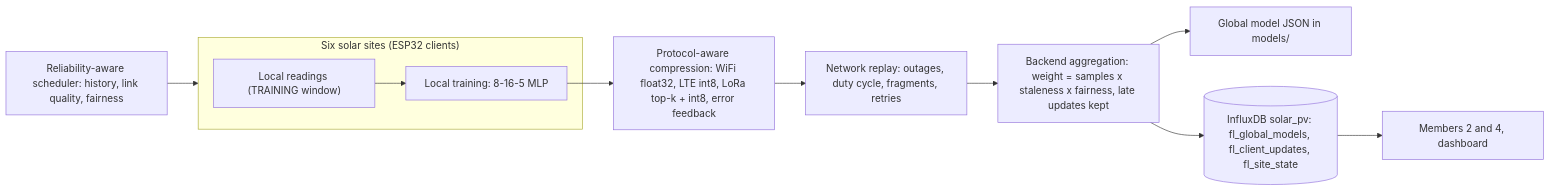
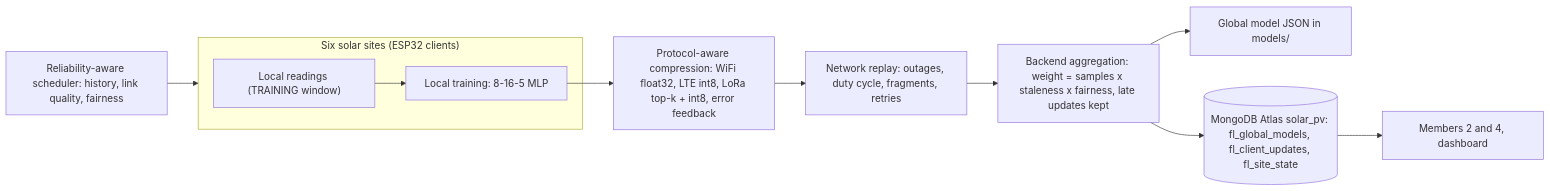
One commit to Lisura123/J26-IT-348 changed the diagram in component3-federated-backend/README.md. Above: the diagram before and after it, drawn with Mermaid. The commit also changed other lines of this file and 10 other files, not shown here.

````diff
--- a/component3-federated-backend/README.md
+++ b/component3-federated-backend/README.md
@@ -10,13 +10,13 @@
 ```mermaid
 flowchart LR
   subgraph S["Six solar sites (ESP32 clients)"]
     A["Local readings (TRAINING window)"] --> B["Local training: 8-16-5 MLP"]
   end
   K["Reliability-aware scheduler: history, link quality, fairness"] --> S
   B --> C["Protocol-aware compression: WiFi float32, LTE int8, LoRa top-k + int8, error feedback"]
   C --> D["Network replay: outages, duty cycle, fragments, retries"]
   D --> E["Backend aggregation: weight = samples x staleness x fairness, late updates kept"]
   E --> G["Global model JSON in models/"]
-  E --> H[("InfluxDB solar_pv: fl_global_models, fl_client_updates, fl_site_state")]
+  E --> H[("MongoDB Atlas solar_pv: fl_global_models, fl_client_updates, fl_site_state")]
   H --> I["Members 2 and 4, dashboard"]
 ```
````
